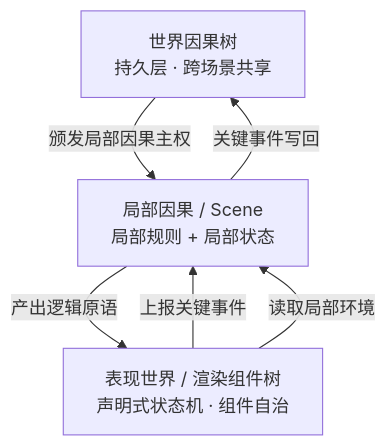
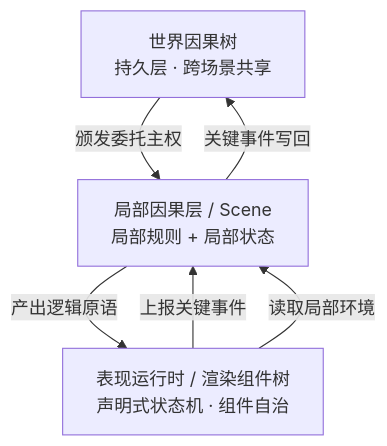
The diagram in README.md (shixiangxi0/Cobweb), drawn with Mermaid before and after one commit. The commit also changed other lines of this file and 4 other files, not shown here.

````diff
--- a/README.md
+++ b/README.md
@@ -102,9 +106,9 @@
 ```mermaid
 graph TD
     A[世界因果树<br/>持久层 · 跨场景共享]
-    A -->|颁发局部因果主权| B[局部因果 / Scene<br/>局部规则 + 局部状态]
+    A -->|颁发委托主权| B[局部因果层 / Scene<br/>局部规则 + 局部状态]
     B -->|关键事件写回| A
-    B -->|产出逻辑原语| C[表现世界 / 渲染组件树<br/>声明式状态机 · 组件自治]
+    B -->|产出逻辑原语| C[表现运行时 / 渲染组件树<br/>声明式状态机 · 组件自治]
     C -->|上报关键事件| B
     C -->|读取局部环境| B
 ```
````
